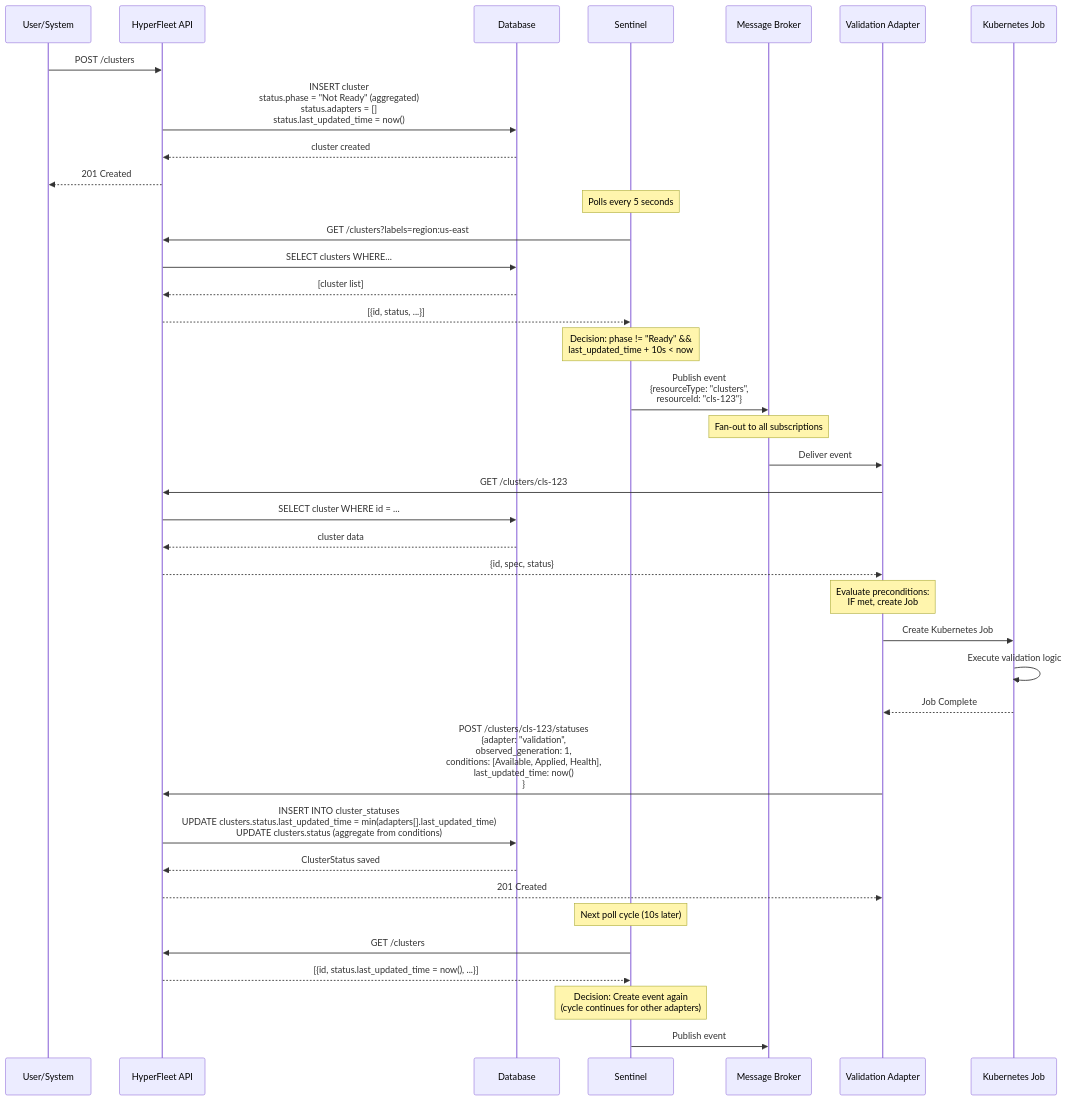
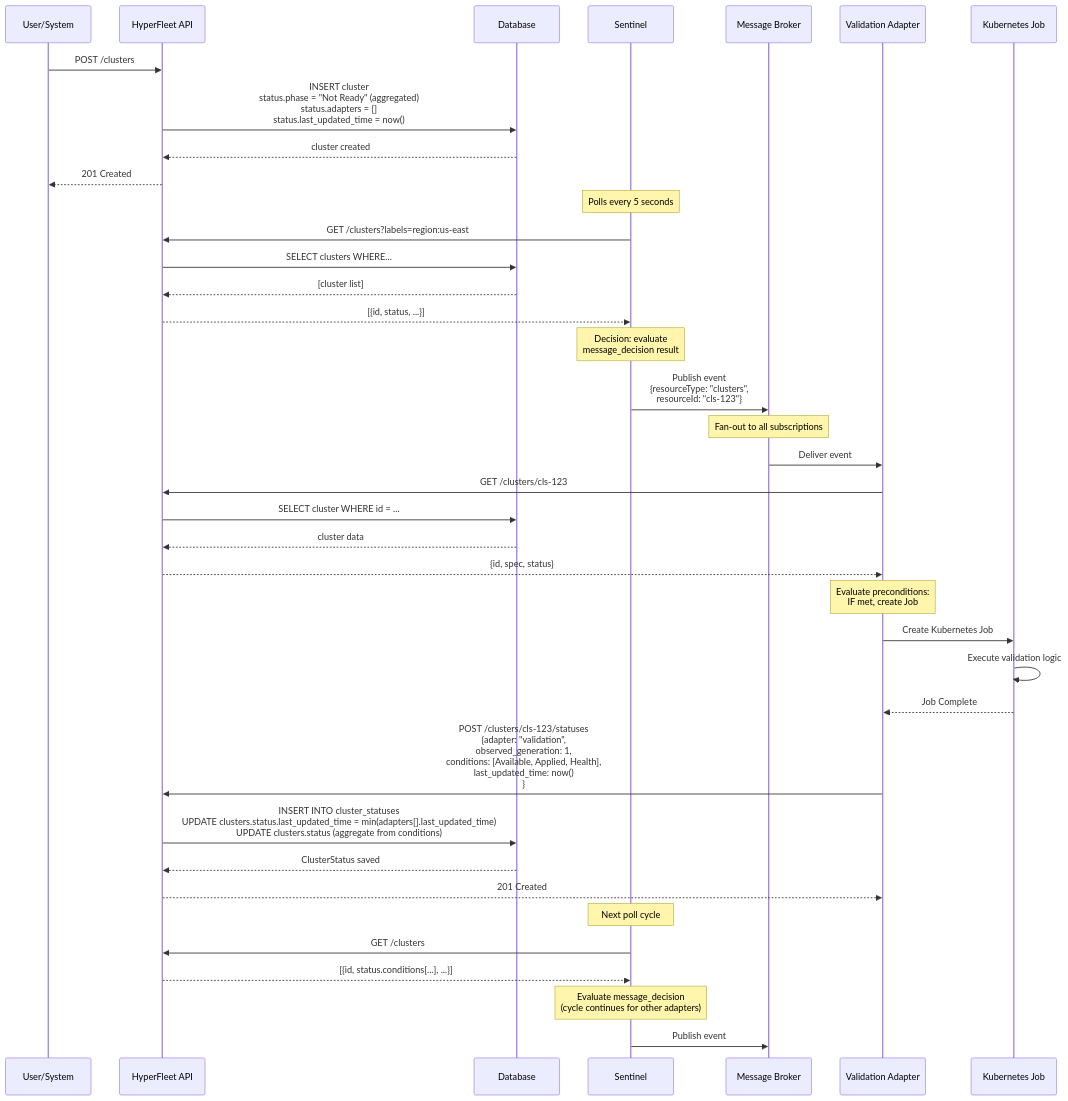
Before and after one commit to rafabene/hyperfleet-architecture: the second of 3 diagrams in hyperfleet/architecture/architecture-summary.md, drawn with Mermaid. The commit also changed other lines of this file and 6 other files, not shown here.

First line of the commit message:
HYPERFLEET-537 - docs: replace conditions config with message_decision

````diff
--- a/hyperfleet/architecture/architecture-summary.md
+++ b/hyperfleet/architecture/architecture-summary.md
@@ -522,54 +524,54 @@
 ```mermaid
 sequenceDiagram
     participant User as User/System
     participant API as HyperFleet API
     participant DB as Database
     participant Sentinel as Sentinel
     participant Broker as Message Broker
     participant Adapter as Validation Adapter
     participant Job as Kubernetes Job
 
     User->>API: POST /clusters
     API->>DB: INSERT cluster<br/>status.phase = "Not Ready" (aggregated)<br/>status.adapters = []<br/>status.last_updated_time = now()
     DB-->>API: cluster created
     API-->>User: 201 Created
 
     Note over Sentinel: Polls every 5 seconds
 
     Sentinel->>API: GET /clusters?labels=region:us-east
     API->>DB: SELECT clusters WHERE...
     DB-->>API: [cluster list]
     API-->>Sentinel: [{id, status, ...}]
 
-    Note over Sentinel: Decision: phase != "Ready" &&<br/>last_updated_time + 10s < now
+    Note over Sentinel: Decision: evaluate<br/>message_decision result
 
     Sentinel->>Broker: Publish event<br/>{resourceType: "clusters",<br/>resourceId: "cls-123"}
 
     Note over Broker: Fan-out to all subscriptions
 
     Broker->>Adapter: Deliver event
     Adapter->>API: GET /clusters/cls-123
     API->>DB: SELECT cluster WHERE id = ...
     DB-->>API: cluster data
     API-->>Adapter: {id, spec, status}
 
     Note over Adapter: Evaluate preconditions:<br/>IF met, create Job
 
     Adapter->>Job: Create Kubernetes Job
     Job->>Job: Execute validation logic
     Job-->>Adapter: Job Complete
 
     Adapter->>API: POST /clusters/cls-123/statuses<br/>{adapter: "validation",<br/>observed_generation: 1,<br/>conditions: [Available, Applied, Health],<br/>last_updated_time: now()<br/>}
     API->>DB: INSERT INTO cluster_statuses<br/>UPDATE clusters.status.last_updated_time = min(adapters[].last_updated_time)<br/>UPDATE clusters.status (aggregate from conditions)
     DB-->>API: ClusterStatus saved
     API-->>Adapter: 201 Created
 
-    Note over Sentinel: Next poll cycle (10s later)
+    Note over Sentinel: Next poll cycle
 
     Sentinel->>API: GET /clusters
-    API-->>Sentinel: [{id, status.last_updated_time = now(), ...}]
+    API-->>Sentinel: [{id, status.conditions[...], ...}]
 
-    Note over Sentinel: Decision: Create event again<br/>(cycle continues for other adapters)
+    Note over Sentinel: Evaluate message_decision<br/>(cycle continues for other adapters)
 
     Sentinel->>Broker: Publish event
 ```
````
